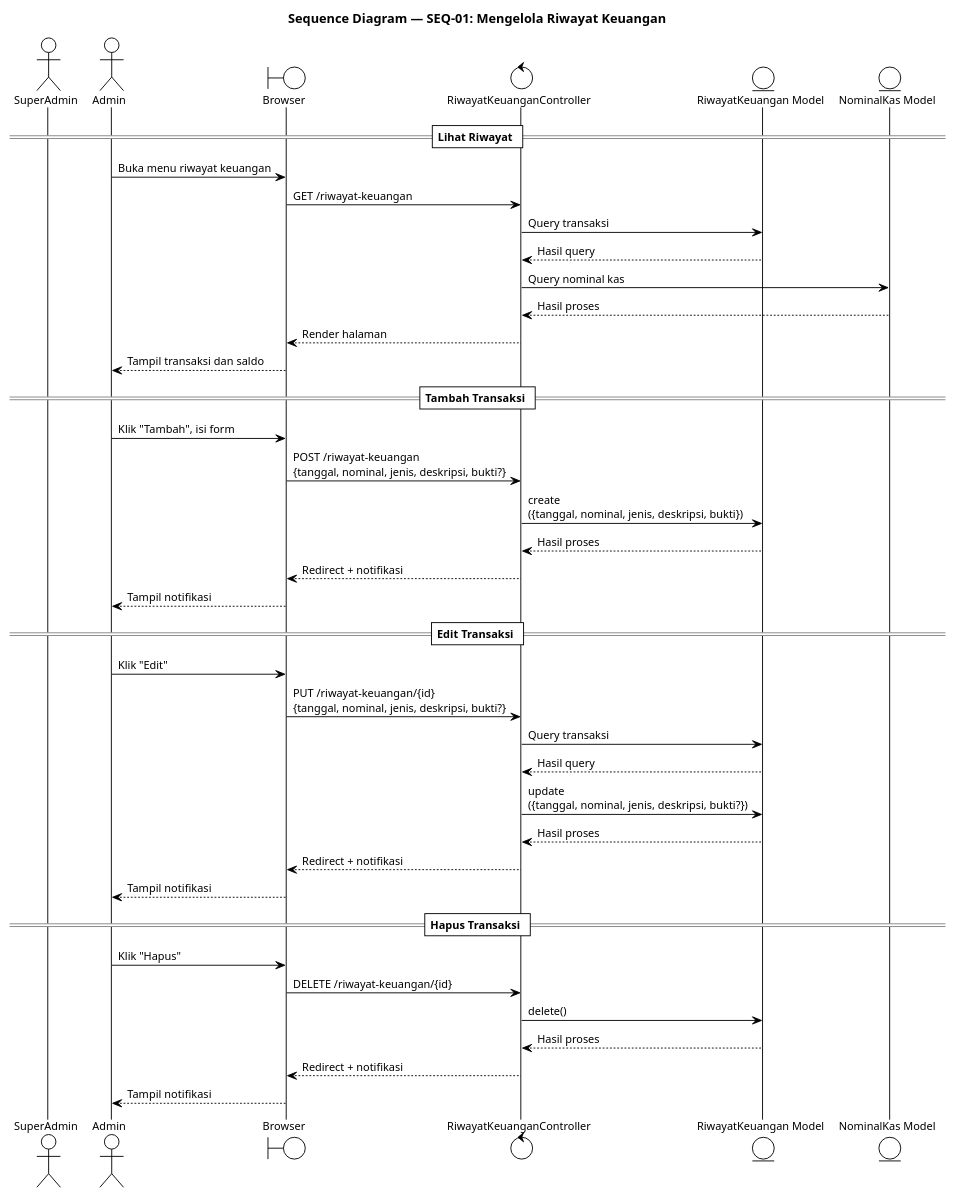
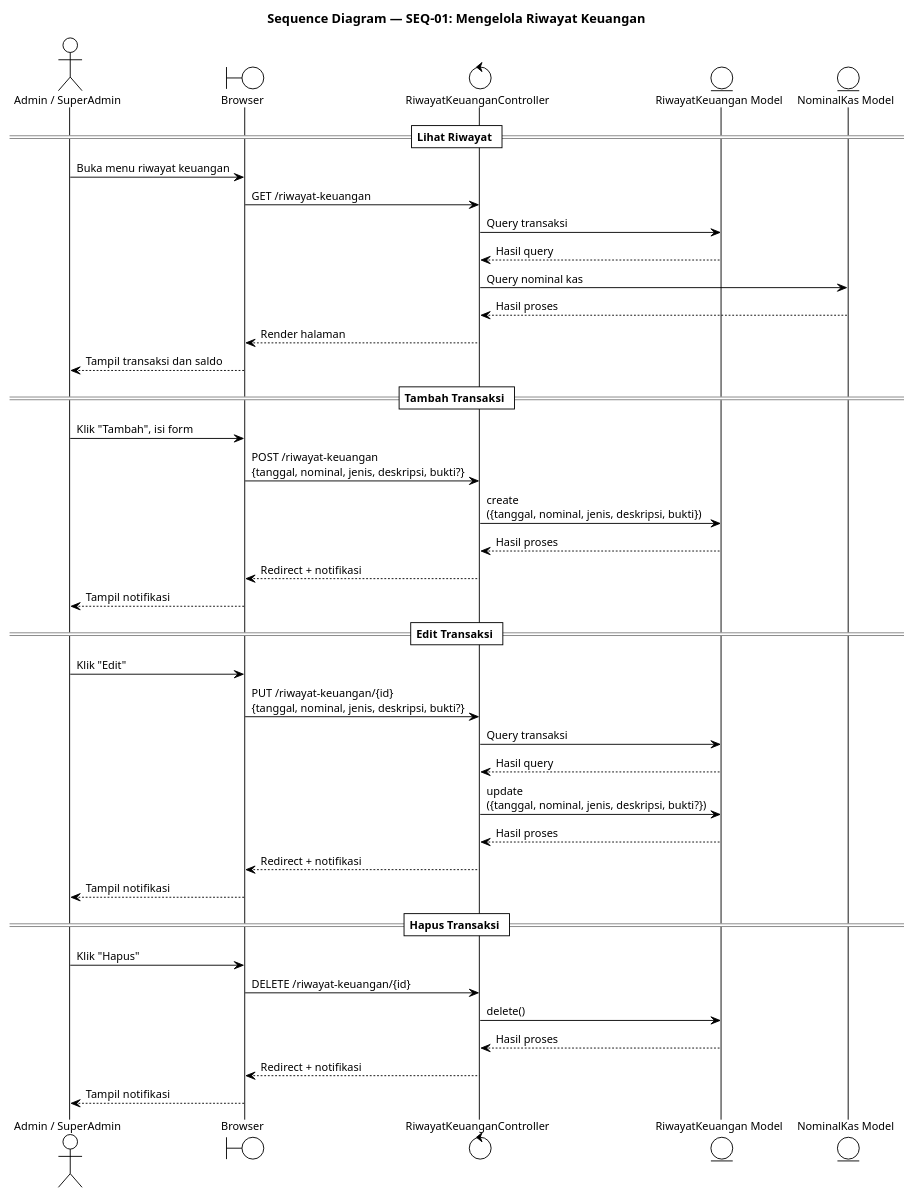
Before and after one commit to Habiboys/SILAB-DSI: the diagram in docs/keuangan/sequence/SEQ_01_MENGELOLA_RIWAYAT_KEUANGAN.puml, drawn with PlantUML. The commit also changed 261 other files, not shown here.

```diff
--- a/docs/keuangan/sequence/SEQ_01_MENGELOLA_RIWAYAT_KEUANGAN.puml
+++ b/docs/keuangan/sequence/SEQ_01_MENGELOLA_RIWAYAT_KEUANGAN.puml
@@ -1,63 +1,62 @@
 @startuml SEQ_01_MENGELOLA_RIWAYAT_KEUANGAN
 !theme plain
 skinparam defaultFontSize 12
 skinparam TitleFontSize 14
 title Sequence Diagram — SEQ-01: Mengelola Riwayat Keuangan
 
-actor       "SuperAdmin"                     as SuperAdmin
 
-actor       "Admin"                     as Admin
+actor       "Admin / SuperAdmin"                     as Admin
 boundary    "Browser"                   as Browser
 control     "RiwayatKeuanganController" as Controller
 entity      "RiwayatKeuangan Model"     as Model
 entity      "NominalKas Model"          as ModelKas
 
 == Lihat Riwayat ==
 
 Admin   -> Browser     : Buka menu riwayat keuangan
 
 Browser -> Controller  : GET /riwayat-keuangan
 
 Controller -> Model    : Query transaksi
 Model --> Controller : Hasil query
 Controller -> ModelKas : Query nominal kas
 ModelKas --> Controller : Hasil proses
 Controller --> Browser : Render halaman
 Browser --> Admin      : Tampil transaksi dan saldo
 
 == Tambah Transaksi ==
 
 Admin   -> Browser     : Klik "Tambah", isi form
 
 Browser -> Controller  : POST /riwayat-keuangan\n{tanggal, nominal, jenis, deskripsi, bukti?}
 
 Controller -> Model    : create\n({tanggal, nominal, jenis, deskripsi, bukti})
 Model --> Controller : Hasil proses
 Controller --> Browser : Redirect + notifikasi
 Browser --> Admin      : Tampil notifikasi
 
 == Edit Transaksi ==
 
 Admin   -> Browser     : Klik "Edit"
 
 Browser -> Controller  : PUT /riwayat-keuangan/{id}\n{tanggal, nominal, jenis, deskripsi, bukti?}
 
 Controller -> Model    : Query transaksi
 Model --> Controller : Hasil query
 Controller -> Model    : update\n({tanggal, nominal, jenis, deskripsi, bukti?})
 Model --> Controller : Hasil proses
 Controller --> Browser : Redirect + notifikasi
 Browser --> Admin      : Tampil notifikasi
 
 == Hapus Transaksi ==
 
 Admin   -> Browser     : Klik "Hapus"
 
 Browser -> Controller  : DELETE /riwayat-keuangan/{id}
 
 Controller -> Model    : delete()
 Model --> Controller : Hasil proses
 Controller --> Browser : Redirect + notifikasi
 Browser --> Admin      : Tampil notifikasi
 
 @enduml
```
